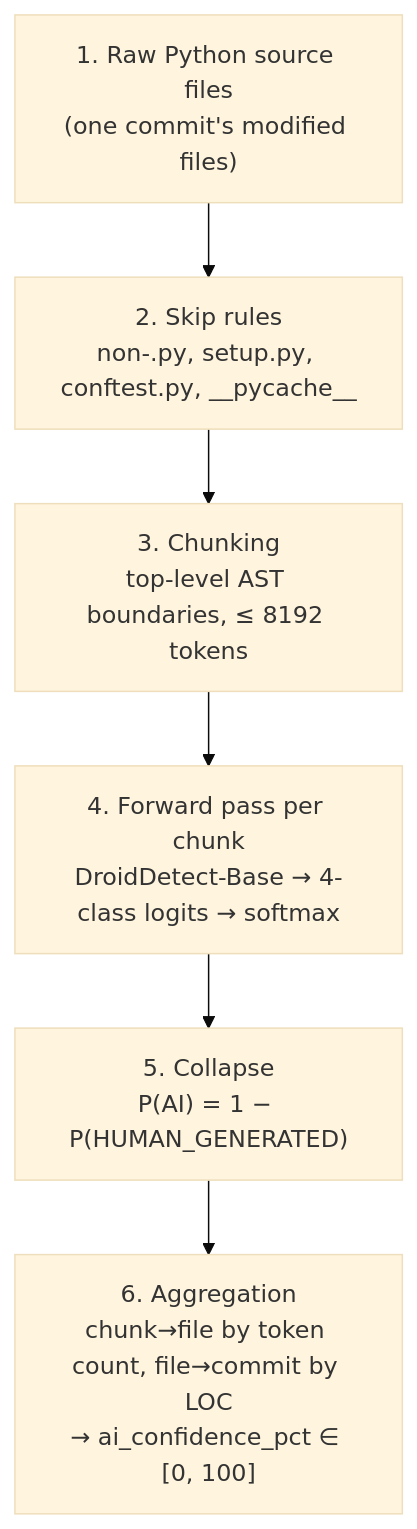
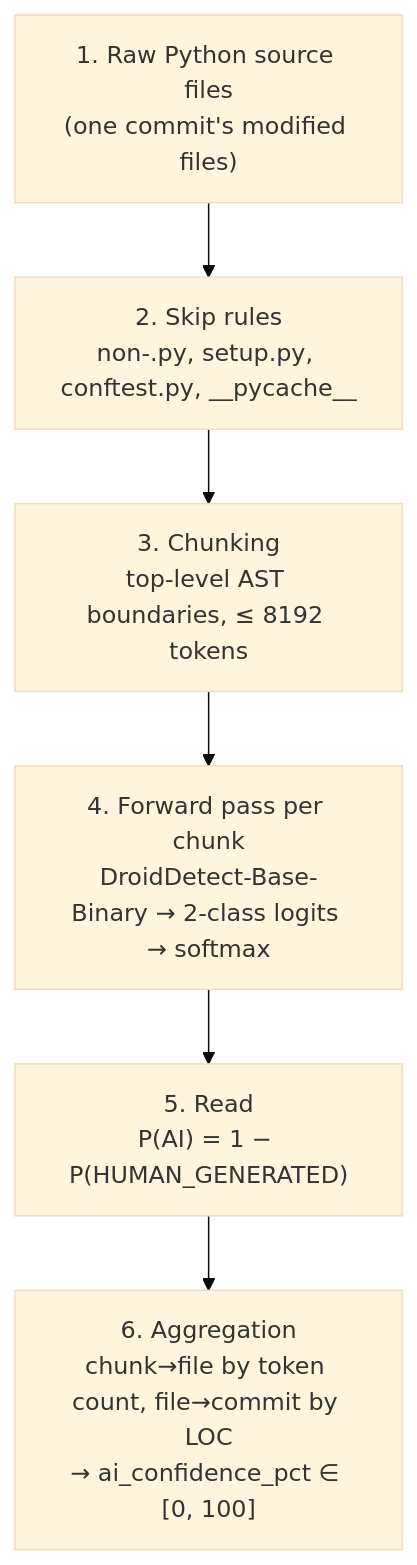
The diagram in docs/detection/README.md (DeltxOrg/Deltx), drawn with Mermaid (base theme) before and after one commit. The commit also changed other lines of this file and 16 other files, not shown here.

Commit message:
feat: Finish droiddetect-base-binary wrapper implementation

````diff
--- a/docs/detection/README.md
+++ b/docs/detection/README.md
@@ -21,9 +28,9 @@
 ```mermaid
 flowchart TD
     A["1. Raw Python source files<br/>(one commit's modified files)"] --> B
     B["2. Skip rules<br/>non-.py, setup.py, conftest.py, __pycache__"] --> C
     C["3. Chunking<br/>top-level AST boundaries, ≤ 8192 tokens"] --> D
-    D["4. Forward pass per chunk<br/>DroidDetect-Base → 4-class logits → softmax"] --> E
-    E["5. Collapse<br/>P(AI) = 1 − P(HUMAN_GENERATED)"] --> F
+    D["4. Forward pass per chunk<br/>DroidDetect-Base-Binary → 2-class logits → softmax"] --> E
+    E["5. Read<br/>P(AI) = 1 − P(HUMAN_GENERATED)"] --> F
     F["6. Aggregation<br/>chunk→file by token count, file→commit by LOC<br/>→ ai_confidence_pct ∈ [0, 100]"]
 ```
````
